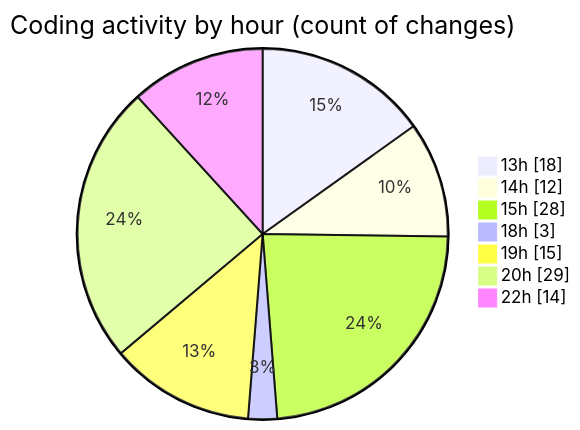
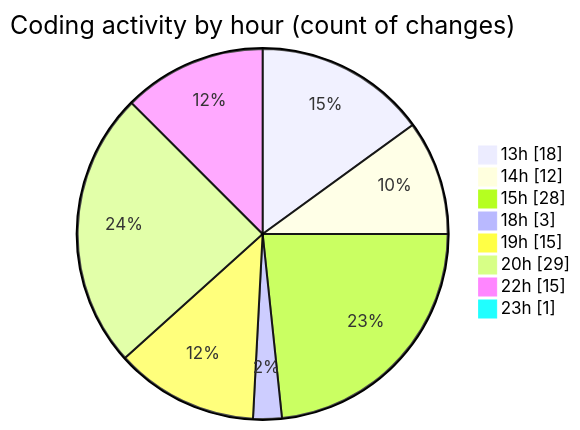
One commit to idhammustaqopulfikri/code-tracking changed the second of 2 diagrams in 2025-06-16/studio-backend/README.md. Above: the diagram before and after it, drawn with Mermaid. The commit also changed other lines of this file and 1 other file, not shown here.

````diff
--- a/2025-06-16/studio-backend/README.md
+++ b/2025-06-16/studio-backend/README.md
@@ -45,11 +45,12 @@
 ```mermaid
 pie showData
 title Coding activity by hour (count of changes)
 "13h" : 18
 "14h" : 12
 "15h" : 28
 "18h" : 3
 "19h" : 15
 "20h" : 29
-"22h" : 14
+"22h" : 15
+"23h" : 1
 ```
````
